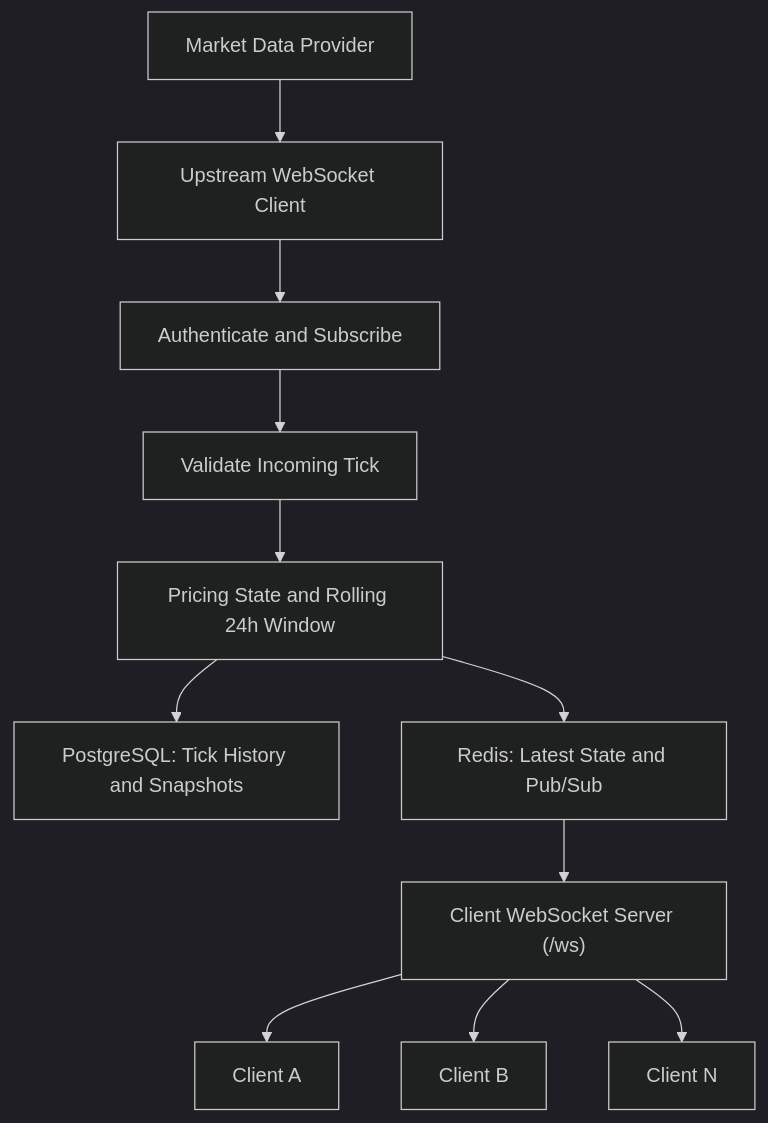
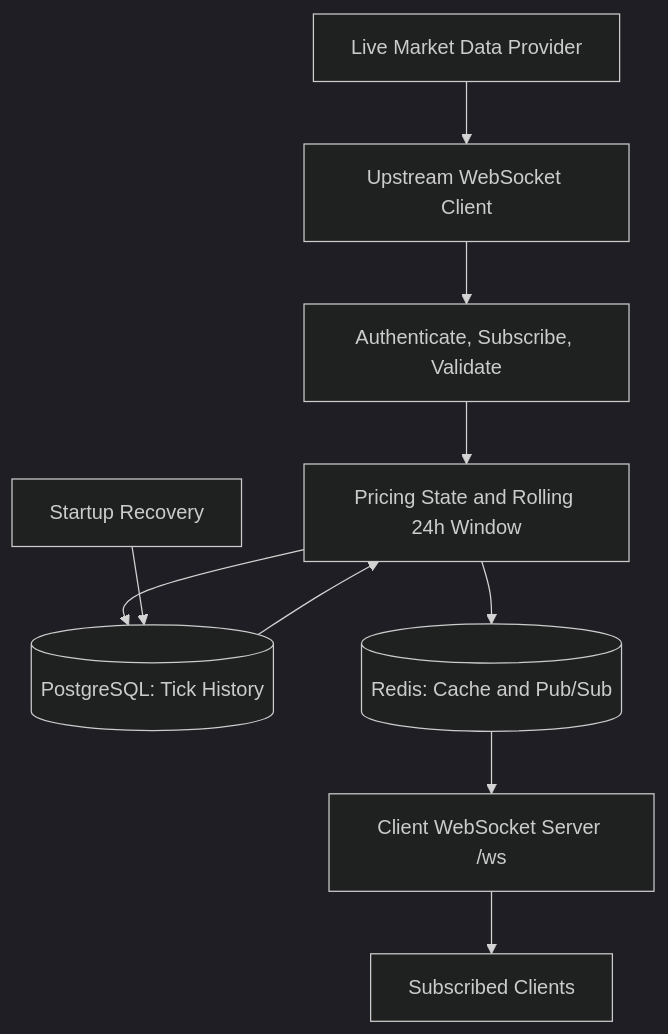
One commit to ajay-biswal/real-time-pricing-engine changed the diagram in README.md. Above: the diagram before and after it, drawn with Mermaid (dark theme). The commit also changed other lines of this file, not shown here.

Commit message:
docs: refresh README for current pricing engine

````diff
--- a/README.md
+++ b/README.md
@@ -36,21 +21,12 @@
-~~~mermaid
+```mermaid
 flowchart TD
-    A["Market Data Provider"]
-    B["Upstream WebSocket Client"]
-    C["Authenticate and Subscribe"]
-    D["Validate Incoming Tick"]
-    E["Pricing State and Rolling 24h Window"]
-    F["PostgreSQL: Tick History and Snapshots"]
-    G["Redis: Latest State and Pub/Sub"]
-    H["Client WebSocket Server (/ws)"]
-    I["Client A"]
-    J["Client B"]
-    K["Client N"]
-
-    A --> B --> C --> D --> E
-    E --> F
-    E --> G --> H
-    H --> I
-    H --> J
-    H --> K
-~~~
+    A[Live Market Data Provider] --> B[Upstream WebSocket Client]
+    B --> C[Authenticate, Subscribe, Validate]
+    C --> D[Pricing State and Rolling 24h Window]
+    D --> E[(PostgreSQL: Tick History)]
+    D --> F[(Redis: Cache and Pub/Sub)]
+    F --> G[Client WebSocket Server /ws]
+    G --> H[Subscribed Clients]
+    I[Startup Recovery] --> E
+    E --> D
+```
````
